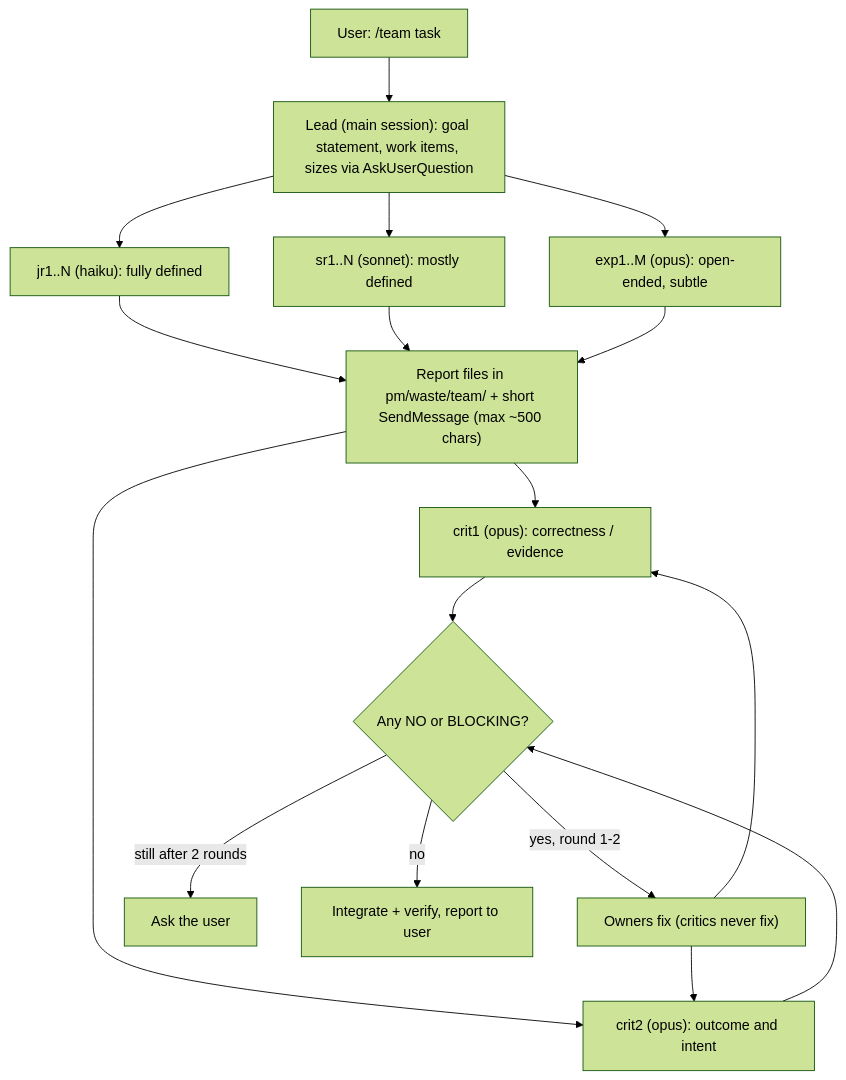
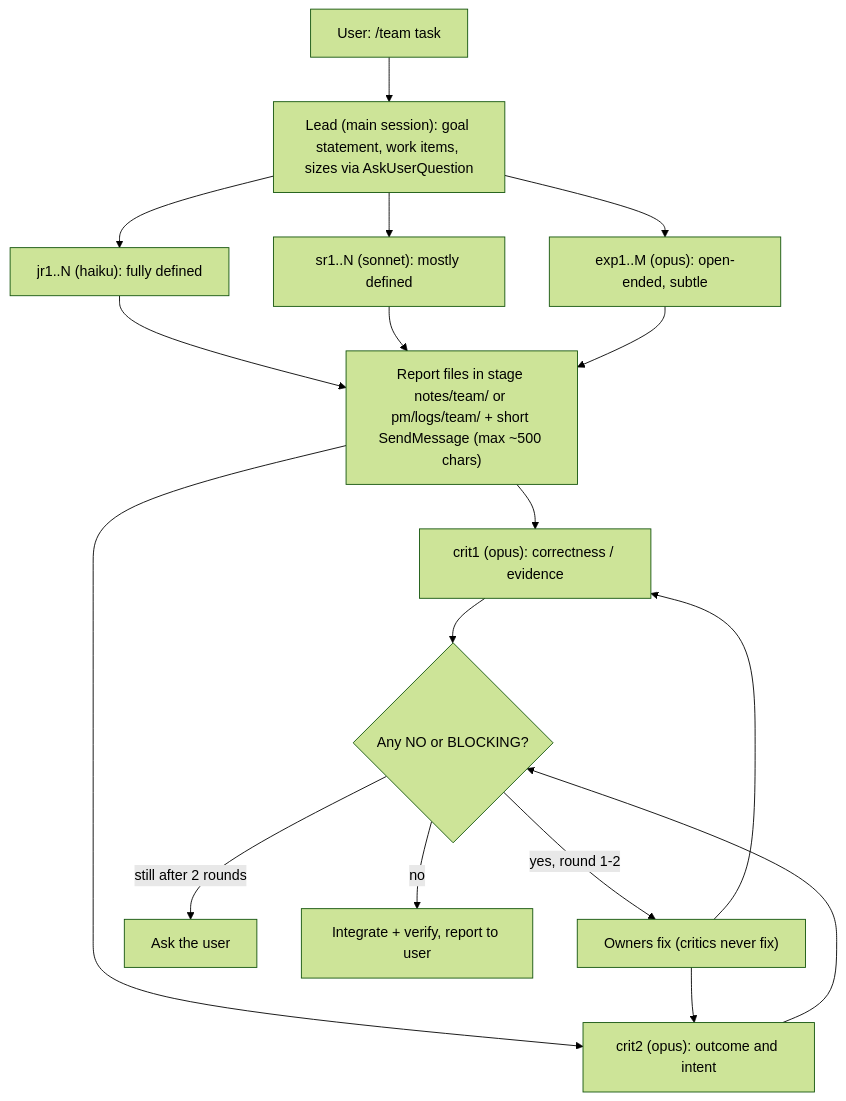
The fourth of 5 diagrams in README.md (xylophoneengine/research-kit), drawn with Mermaid (forest theme) before and after one commit. The commit also changed other lines of this file and 20 other files, not shown here.

````diff
--- a/README.md
+++ b/README.md
@@ -363,19 +404,19 @@
 ```mermaid
 flowchart TD
   U["User: /team task"] --> L["Lead (main session): goal statement, work items, sizes via AskUserQuestion"]
   L --> J["jr1..N (haiku): fully defined"]
   L --> S["sr1..N (sonnet): mostly defined"]
   L --> E["exp1..M (opus): open-ended, subtle"]
-  J --> R["Report files in pm/waste/team/ + short SendMessage (max ~500 chars)"]
+  J --> R["Report files in stage notes/team/ or pm/logs/team/ + short SendMessage (max ~500 chars)"]
   S --> R
   E --> R
   R --> C1["crit1 (opus): correctness / evidence"]
   R --> C2["crit2 (opus): outcome and intent"]
   C1 --> V{"Any NO or BLOCKING?"}
   C2 --> V
   V -- "yes, round 1-2" --> F["Owners fix (critics never fix)"]
   F --> C1
   F --> C2
   V -- "still after 2 rounds" --> Q["Ask the user"]
   V -- "no" --> I["Integrate + verify, report to user"]
 ```
````
